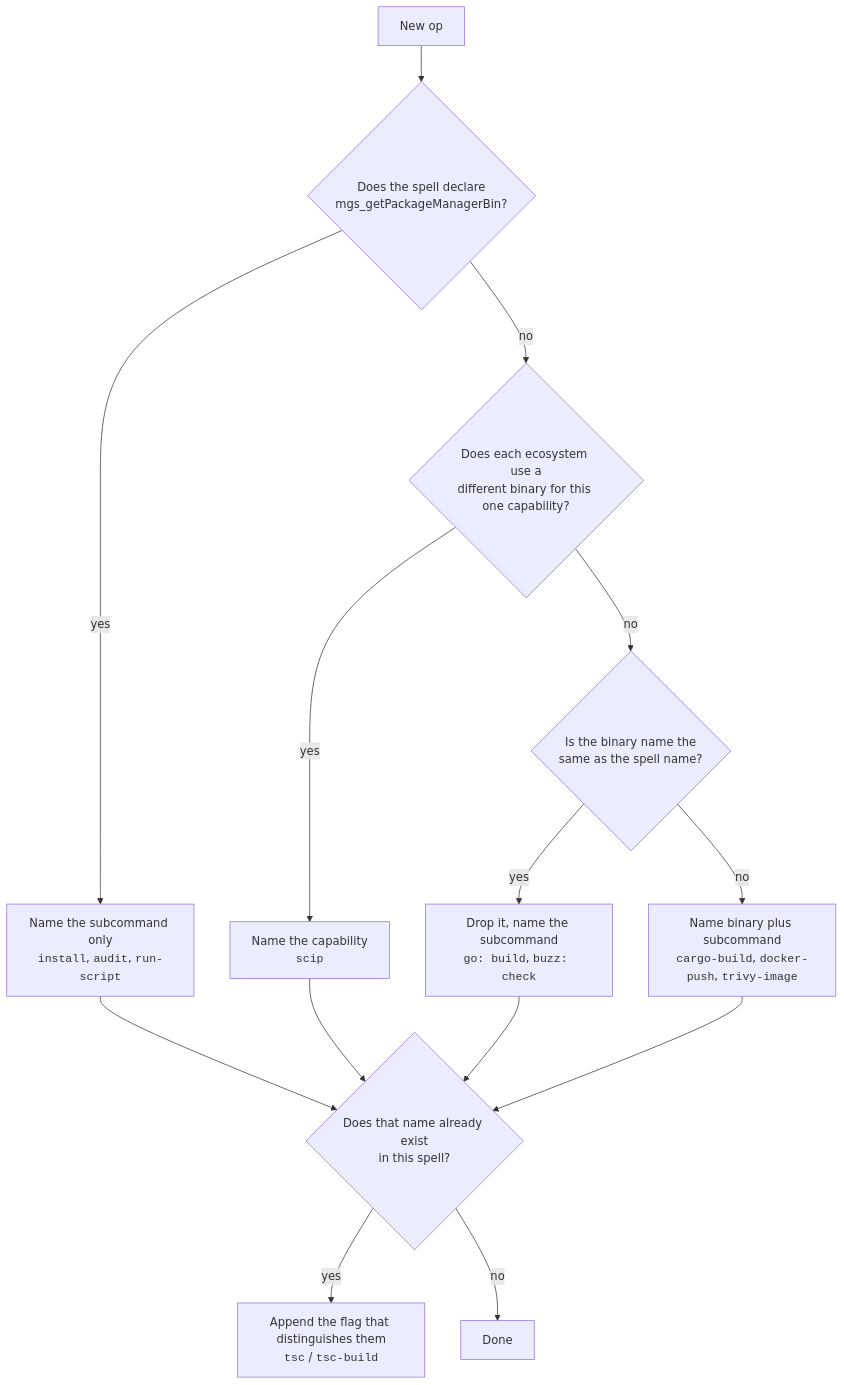
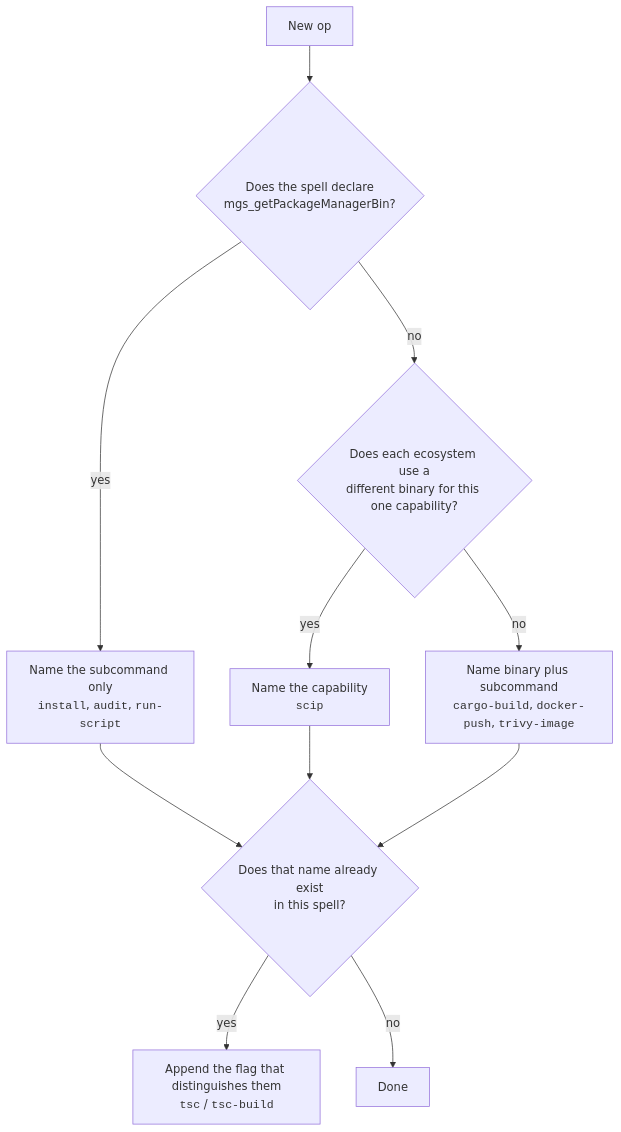
One commit to egladman/magus changed the diagram in docs/concepts/spell-naming.md. Above: the diagram before and after it, drawn with Mermaid. The commit also changed other lines of this file and 168 other files, not shown here.

Commit message:
name every spell for its domain; docker becomes oci, buf becomes protobuf, cosign becomes sigstore, go becomes golang; the naming rule now needs no exception

````diff
--- a/docs/concepts/spell-naming.md
+++ b/docs/concepts/spell-naming.md
@@ -35,16 +34,13 @@
 ```mermaid
 flowchart TD
     A[New op] --> B{Does the spell declare<br/>mgs_getPackageManagerBin?}
     B -->|yes| C["Name the subcommand only<br/><code>install</code>, <code>audit</code>, <code>run-script</code>"]
     B -->|no| D{Does each ecosystem use a<br/>different binary for this one capability?}
     D -->|yes| E["Name the capability<br/><code>scip</code>"]
-    D -->|no| F{Is the binary name the<br/>same as the spell name?}
-    F -->|yes| G["Drop it, name the subcommand<br/><code>go: build</code>, <code>buzz: check</code>"]
-    F -->|no| H["Name binary plus subcommand<br/><code>cargo-build</code>, <code>docker-push</code>, <code>trivy-image</code>"]
+    D -->|no| H["Name binary plus subcommand<br/><code>cargo-build</code>, <code>docker-push</code>, <code>trivy-image</code>"]
     C --> I{Does that name already exist<br/>in this spell?}
     E --> I
-    G --> I
     H --> I
     I -->|yes| J["Append the flag that distinguishes them<br/><code>tsc</code> / <code>tsc-build</code>"]
     I -->|no| K[Done]
 ```
````
